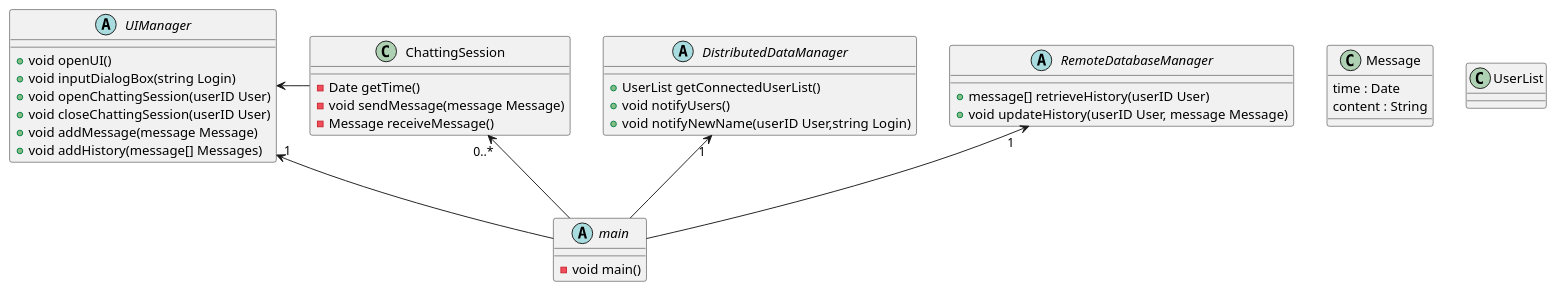
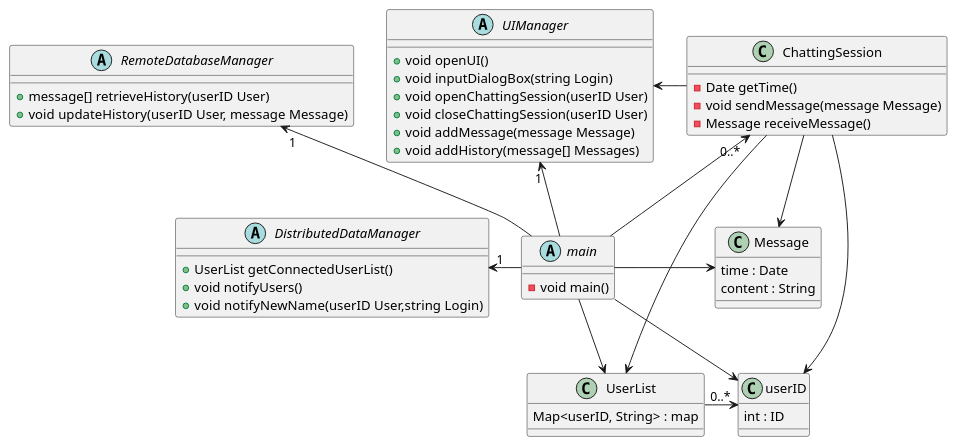
The diagram in UMLPlant/class.wsd (scanim-valentin/decentralized-chat-system), drawn with PlantUML before and after one commit. The commit also changed 2 other files, not shown here.

```diff
--- a/UMLPlant/class.wsd
+++ b/UMLPlant/class.wsd
@@ -1,48 +1,59 @@
 @startuml ClassDiagram
 abstract class main {
     -void main()
 }
 
 abstract class UIManager {
     +void openUI()
     +void inputDialogBox(string Login)
     +void openChattingSession(userID User)
     +void closeChattingSession(userID User)
     +void addMessage(message Message)
     +void addHistory(message[] Messages)
 }
 
 abstract class DistributedDataManager {
     +UserList getConnectedUserList()
     +void notifyUsers()
     +void notifyNewName(userID User,string Login)
 }
 
 abstract class  RemoteDatabaseManager{
     +message[] retrieveHistory(userID User)
     +void updateHistory(userID User, message Message)
 }
 
 class ChattingSession{
     -Date getTime()
     -void sendMessage(message Message)
     -Message receiveMessage()
 }
 
 class Message{
     time : Date
     content : String
 }
 
 class UserList{
-    
+    Map<userID, String> : map
 }
 
-UIManager "1" <-- main
-RemoteDatabaseManager "1" <-- main
-DistributedDataManager "1" <-- main
-ChattingSession "0..*" <-- main
-UIManager <-d ChattingSession
+class userID{
+    int : ID
+} 
 
 
+RemoteDatabaseManager "1" <-- main
+DistributedDataManager "1" <- main
+UIManager "1" <- main
+ChattingSession "0..*" <-- main
+UIManager <- ChattingSession
+UserList -> "0..*" userID
+main -> userID
+ChattingSession --> userID
+main --> UserList
+ChattingSession --> UserList
+ChattingSession -> Message
+main -> Message
+
 @enduml
```
